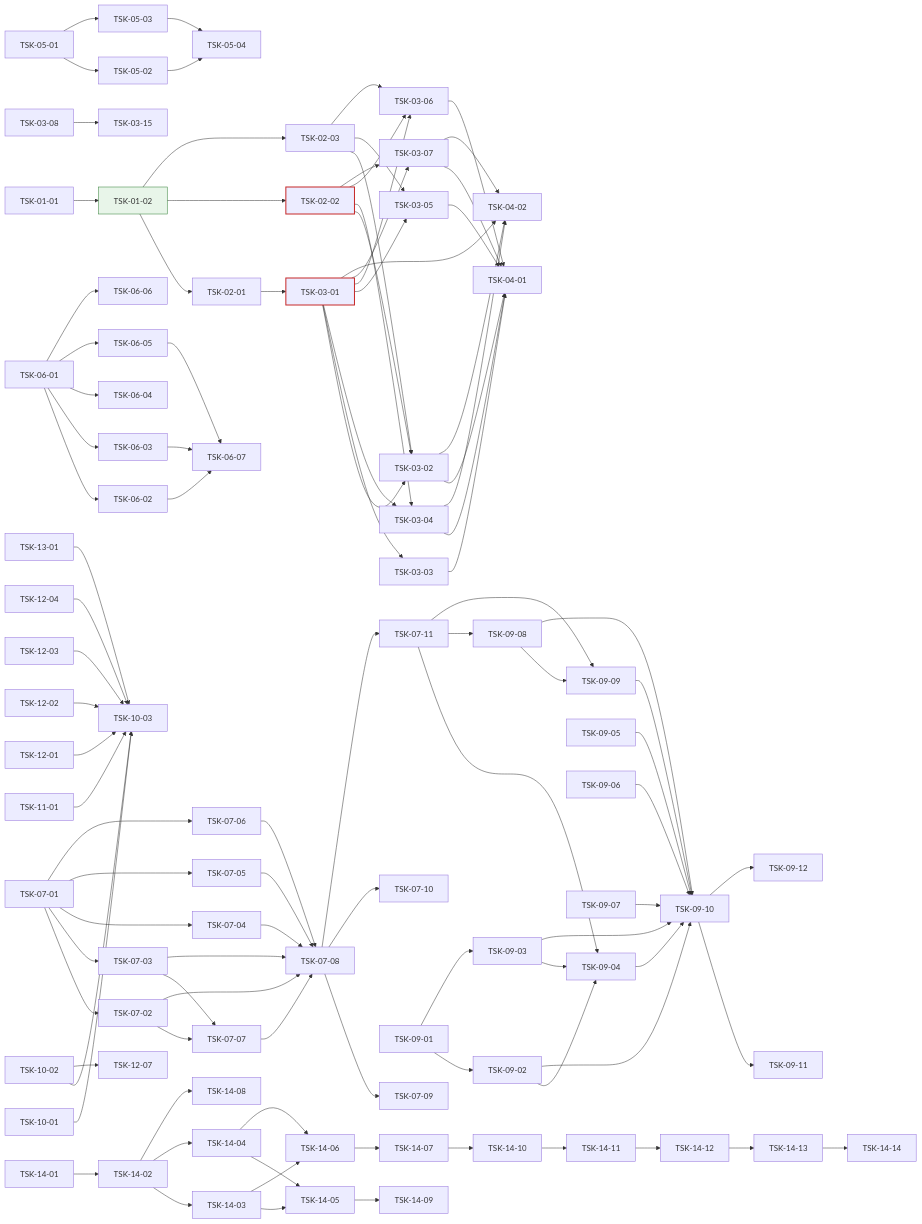
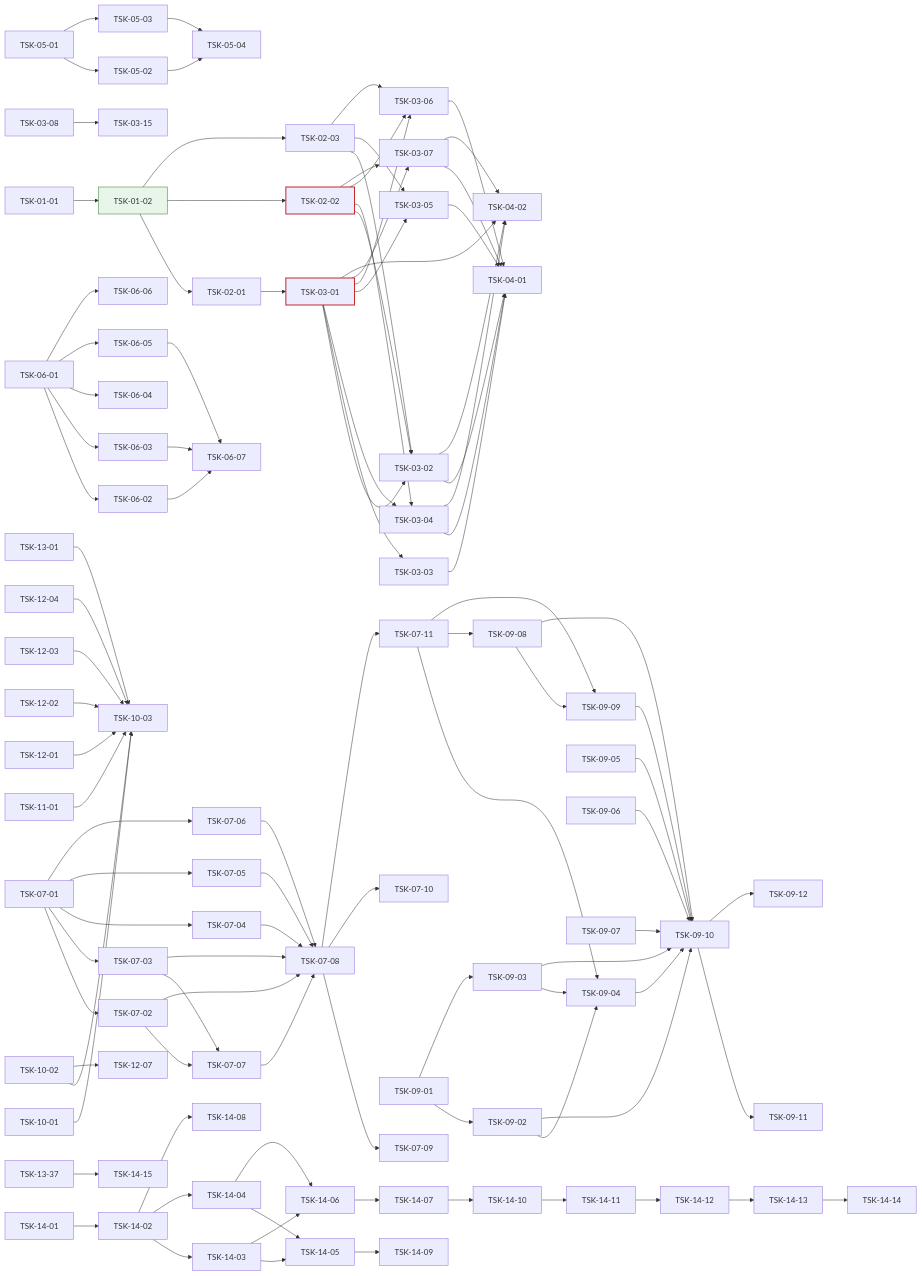
Before and after one commit to jongik-sv/oranda: the diagram in docs/oranda1/wbs.md, drawn with Mermaid. The commit also changed other lines of this file and 15 other files, not shown here.

```diff
--- a/docs/oranda1/wbs.md
+++ b/docs/oranda1/wbs.md
@@ -1210,6 +1222,8 @@
   TSK-14-12 --> TSK-14-13
   TSK-14-05 --> TSK-14-09
   TSK-14-13 --> TSK-14-14
+
+  TSK-13-37 --> TSK-14-15
   style TSK-01-02 fill:#e8f5e9,stroke:#2e7d32
   style TSK-03-01 stroke:#c62828,stroke-width:2px
   style TSK-02-02 stroke:#c62828,stroke-width:2px
```
